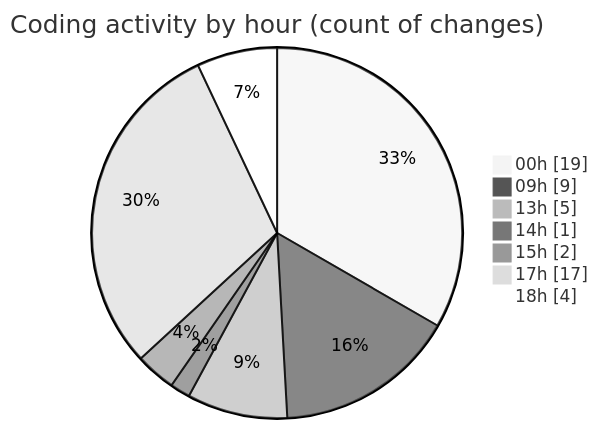
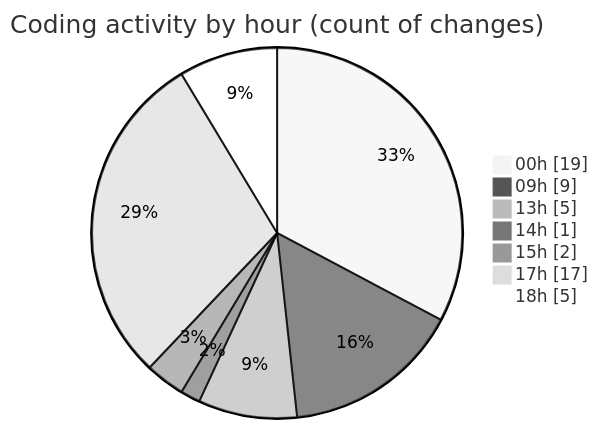
The second of 2 diagrams in 2025-08-12/ribbon/README.md (EIIisD/code-tracking), drawn with Mermaid (neutral theme) before and after one commit. The commit also changed other lines of this file and 1 other file, not shown here.

````diff
--- a/2025-08-12/ribbon/README.md
+++ b/2025-08-12/ribbon/README.md
@@ -49,11 +49,11 @@
 ```mermaid
 pie showData
 title Coding activity by hour (count of changes)
 "00h" : 19
 "09h" : 9
 "13h" : 5
 "14h" : 1
 "15h" : 2
 "17h" : 17
-"18h" : 4
+"18h" : 5
 ```
````
